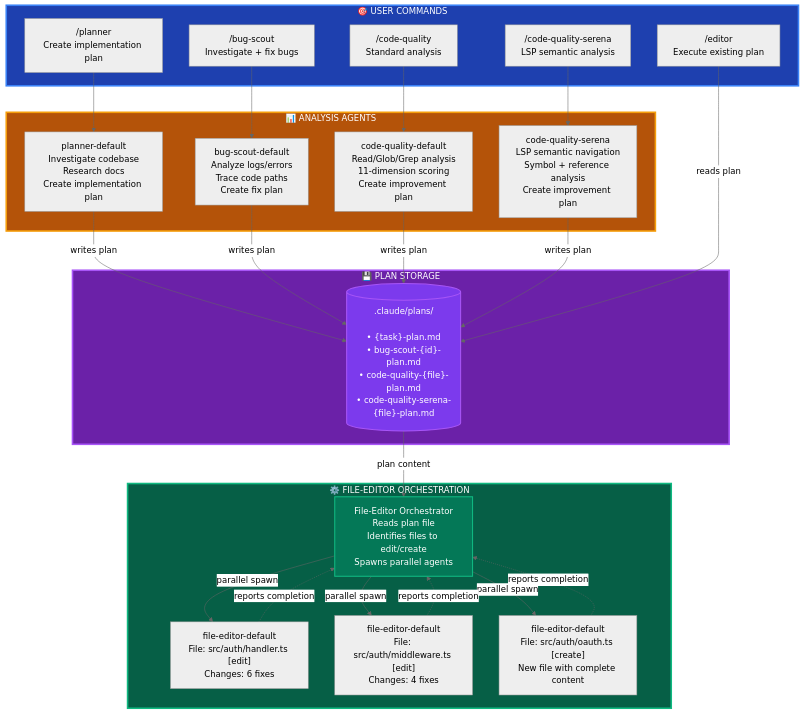
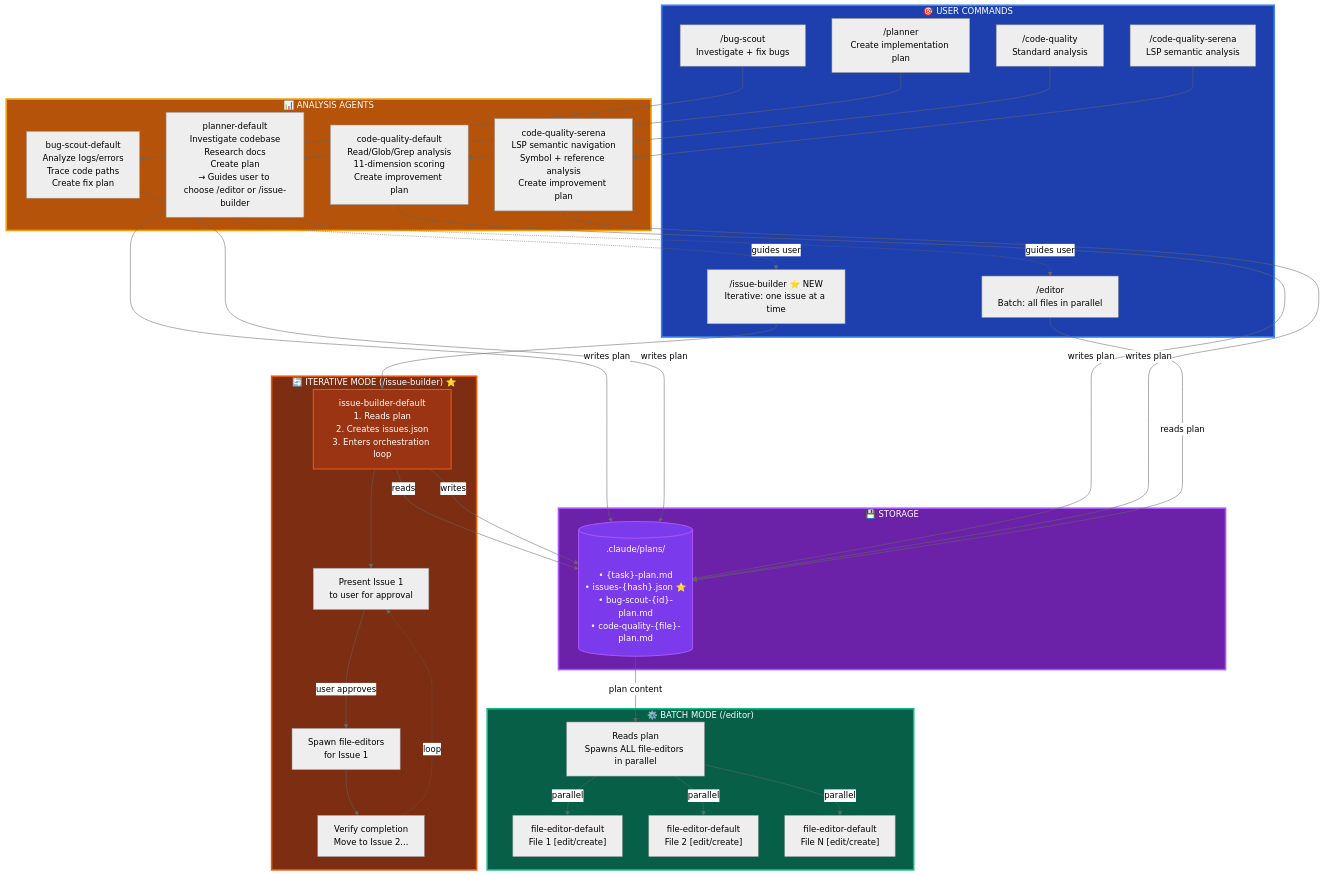
The first of 2 diagrams in README.md (GantisStorm/essentials-claude-code), drawn with Mermaid (neutral theme) before and after one commit. The commit also changed other lines of this file, not shown here.

Commit message:
Update diagram to show issue-builder workflow
- Update main workflow diagram to show both batch and iterative modes
- Add issue-builder orchestration flow with user approval loop
- Clarify planner guides user to choose /editor or /issue-builder

🤖 Generated with [Claude Code](https://claude.com/claude-code)

````diff
--- a/README.md
+++ b/README.md
@@ -9,56 +9,71 @@
 ```mermaid
 flowchart TD
     subgraph commands["🎯 USER COMMANDS"]
         planner_cmd["/planner<br/>Create implementation plan"]
-        editor_cmd["/editor<br/>Execute existing plan"]
+        editor_cmd["/editor<br/>Batch: all files in parallel"]
+        issue_cmd["/issue-builder ⭐ NEW<br/>Iterative: one issue at a time"]
         bug_cmd["/bug-scout<br/>Investigate + fix bugs"]
         quality_cmd["/code-quality<br/>Standard analysis"]
         serena_cmd["/code-quality-serena<br/>LSP semantic analysis"]
     end
 
     subgraph analysis["📊 ANALYSIS AGENTS"]
-        planner_agent["planner-default<br/>Investigate codebase<br/>Research docs<br/>Create implementation plan"]
+        planner_agent["planner-default<br/>Investigate codebase<br/>Research docs<br/>Create plan<br/>→ Guides user to choose /editor or /issue-builder"]
         bug_agent["bug-scout-default<br/>Analyze logs/errors<br/>Trace code paths<br/>Create fix plan"]
         quality_agent["code-quality-default<br/>Read/Glob/Grep analysis<br/>11-dimension scoring<br/>Create improvement plan"]
         serena_agent["code-quality-serena<br/>LSP semantic navigation<br/>Symbol + reference analysis<br/>Create improvement plan"]
     end
 
-    subgraph storage["💾 PLAN STORAGE"]
-        plans[(".claude/plans/<br/><br/>• {task}-plan.md<br/>• bug-scout-{id}-plan.md<br/>• code-quality-{file}-plan.md<br/>• code-quality-serena-{file}-plan.md")]
+    subgraph storage["💾 STORAGE"]
+        plans[(".claude/plans/<br/><br/>• {task}-plan.md<br/>• issues-{hash}.json ⭐<br/>• bug-scout-{id}-plan.md<br/>• code-quality-{file}-plan.md")]
     end
 
-    subgraph execution["⚙️ FILE-EDITOR ORCHESTRATION"]
-        orchestrator["File-Editor Orchestrator<br/>Reads plan file<br/>Identifies files to edit/create<br/>Spawns parallel agents"]
-        editor1["file-editor-default<br/>File: src/auth/handler.ts [edit]<br/>Changes: 6 fixes"]
-        editor2["file-editor-default<br/>File: src/auth/middleware.ts [edit]<br/>Changes: 4 fixes"]
-        editor3["file-editor-default<br/>File: src/auth/oauth.ts [create]<br/>New file with complete content"]
+    subgraph batch["⚙️ BATCH MODE (/editor)"]
+        batch_orch["Reads plan<br/>Spawns ALL file-editors in parallel"]
+        batch_ed1["file-editor-default<br/>File 1 [edit/create]"]
+        batch_ed2["file-editor-default<br/>File 2 [edit/create]"]
+        batch_ed3["file-editor-default<br/>File N [edit/create]"]
+    end
+
+    subgraph iterative["🔄 ITERATIVE MODE (/issue-builder) ⭐"]
+        issue_agent["issue-builder-default<br/>1. Reads plan<br/>2. Creates issues.json<br/>3. Enters orchestration loop"]
+        issue_present["Present Issue 1<br/>to user for approval"]
+        issue_ed1["Spawn file-editors<br/>for Issue 1"]
+        issue_next["Verify completion<br/>Move to Issue 2..."]
     end
 
     planner_cmd --> planner_agent
     bug_cmd --> bug_agent
     quality_cmd --> quality_agent
     serena_cmd --> serena_agent
 
     planner_agent -->|"writes plan"| plans
     bug_agent -->|"writes plan"| plans
     quality_agent -->|"writes plan"| plans
     serena_agent -->|"writes plan"| plans
 
+    planner_agent -.->|"guides user"| editor_cmd
+    planner_agent -.->|"guides user"| issue_cmd
+
     editor_cmd -->|"reads plan"| plans
-    plans -->|"plan content"| orchestrator
+    plans -->|"plan content"| batch_orch
+    batch_orch -->|"parallel"| batch_ed1
+    batch_orch -->|"parallel"| batch_ed2
+    batch_orch -->|"parallel"| batch_ed3
 
-    orchestrator -->|"parallel spawn"| editor1
-    orchestrator -->|"parallel spawn"| editor2
-    orchestrator -->|"parallel spawn"| editor3
-
-    editor1 -.->|"reports completion"| orchestrator
-    editor2 -.->|"reports completion"| orchestrator
-    editor3 -.->|"reports completion"| orchestrator
+    issue_cmd --> issue_agent
+    issue_agent -->|"reads"| plans
+    issue_agent -->|"writes"| plans
+    issue_agent --> issue_present
+    issue_present -->|"user approves"| issue_ed1
+    issue_ed1 --> issue_next
+    issue_next -.->|"loop"| issue_present
 
     style commands fill:#1e40af,stroke:#3b82f6,stroke-width:3px,color:#fff
     style analysis fill:#b45309,stroke:#f59e0b,stroke-width:3px,color:#fff
     style storage fill:#6b21a8,stroke:#a855f7,stroke-width:3px,color:#fff
-    style execution fill:#065f46,stroke:#10b981,stroke-width:3px,color:#fff
-    style orchestrator fill:#047857,stroke:#10b981,stroke-width:2px,color:#fff
+    style batch fill:#065f46,stroke:#10b981,stroke-width:3px,color:#fff
+    style iterative fill:#7c2d12,stroke:#ea580c,stroke-width:3px,color:#fff
+    style issue_agent fill:#9a3412,stroke:#ea580c,stroke-width:2px,color:#fff
     style plans fill:#7c3aed,stroke:#a855f7,stroke-width:2px,color:#fff
 ```
````
